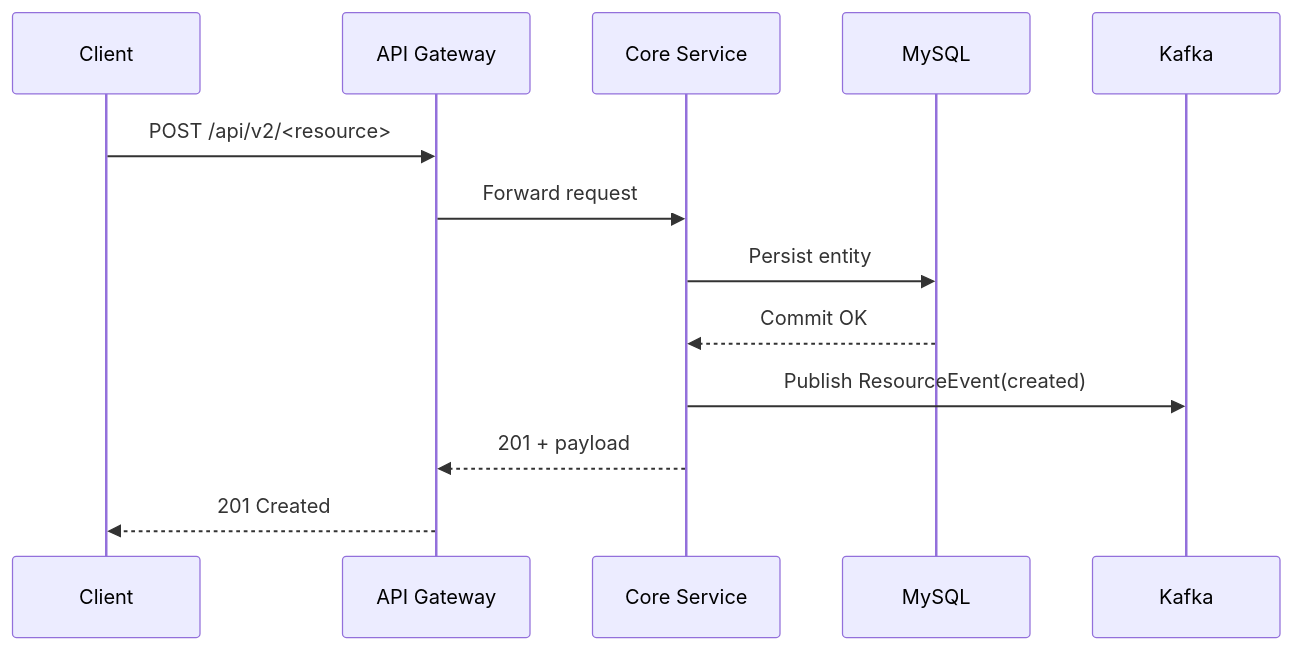
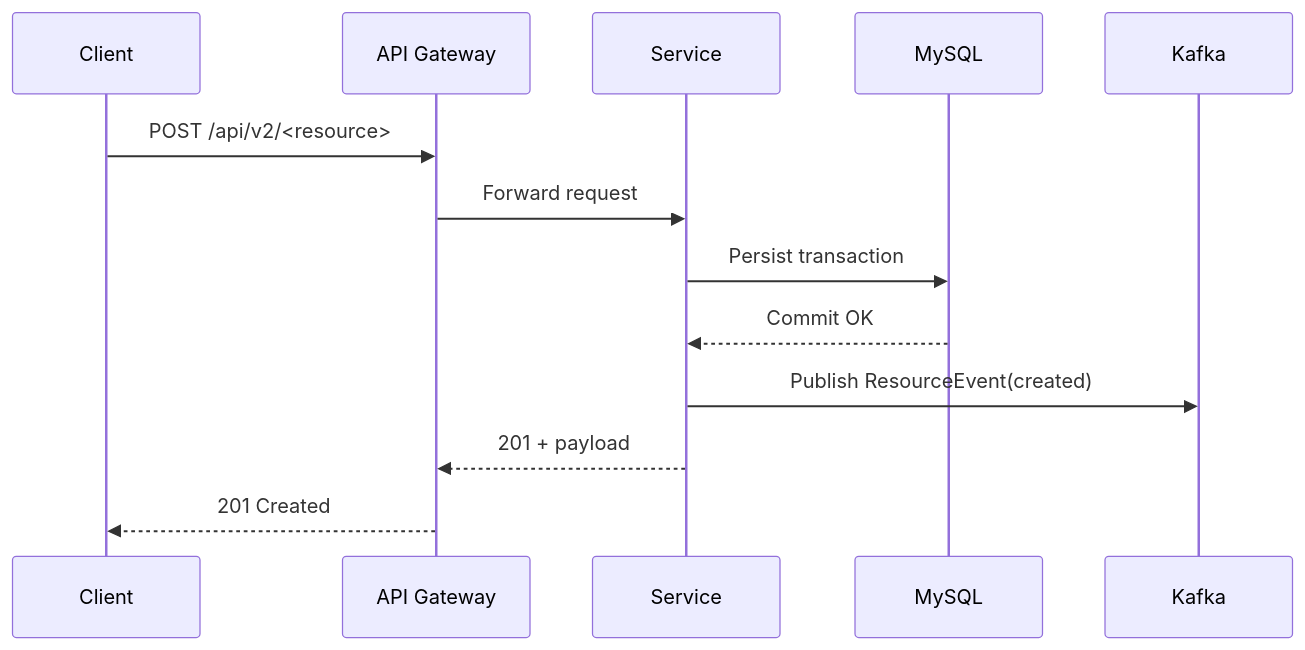
One commit to fabiooraziomirto/nexora-platform changed the second of 3 diagrams in README.md. Above: the diagram before and after it, drawn with Mermaid. The commit also changed other lines of this file, not shown here.

````diff
--- a/README.md
+++ b/README.md
@@ -122,16 +69,16 @@
 ```mermaid
 sequenceDiagram
     participant C as Client
     participant G as API Gateway
-    participant S as Core Service
+    participant S as Service
     participant DB as MySQL
     participant K as Kafka
 
     C->>G: POST /api/v2/<resource>
     G->>S: Forward request
-    S->>DB: Persist entity
+    S->>DB: Persist transaction
     DB-->>S: Commit OK
     S->>K: Publish ResourceEvent(created)
     S-->>G: 201 + payload
     G-->>C: 201 Created
 ```
````
